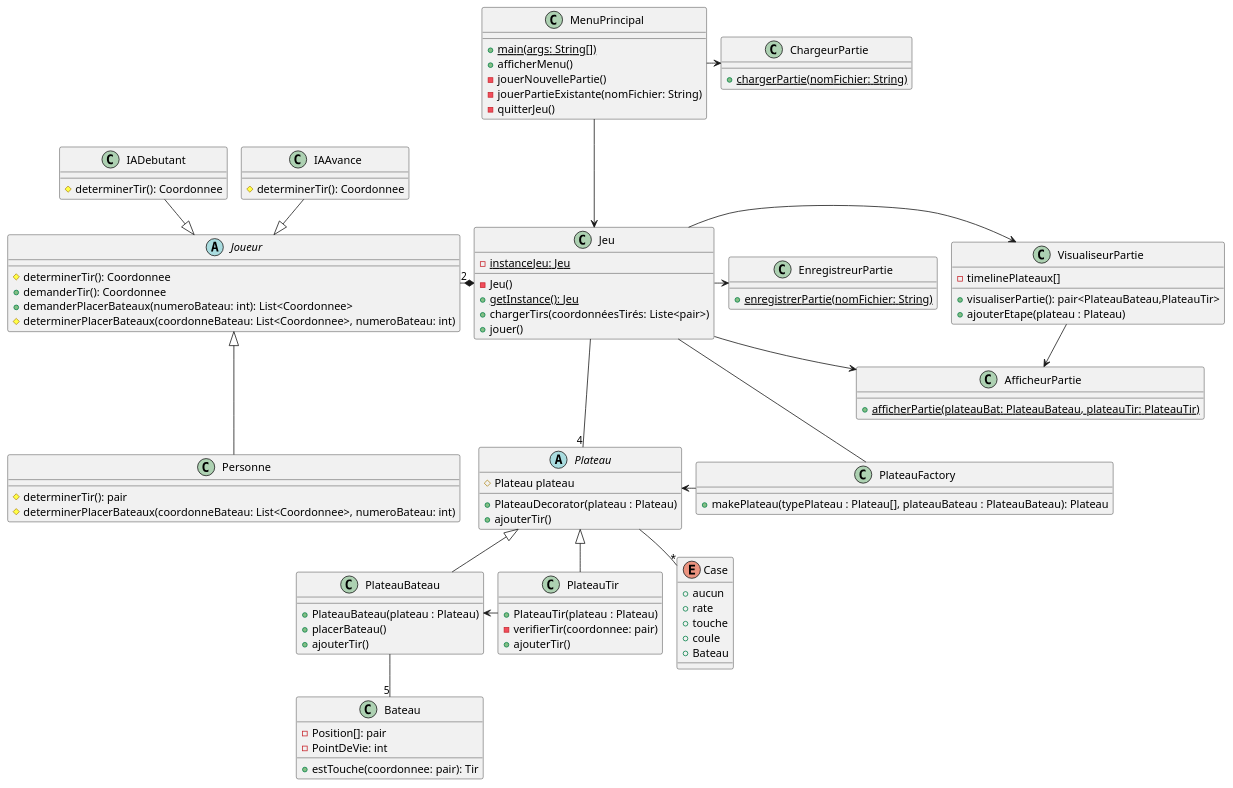
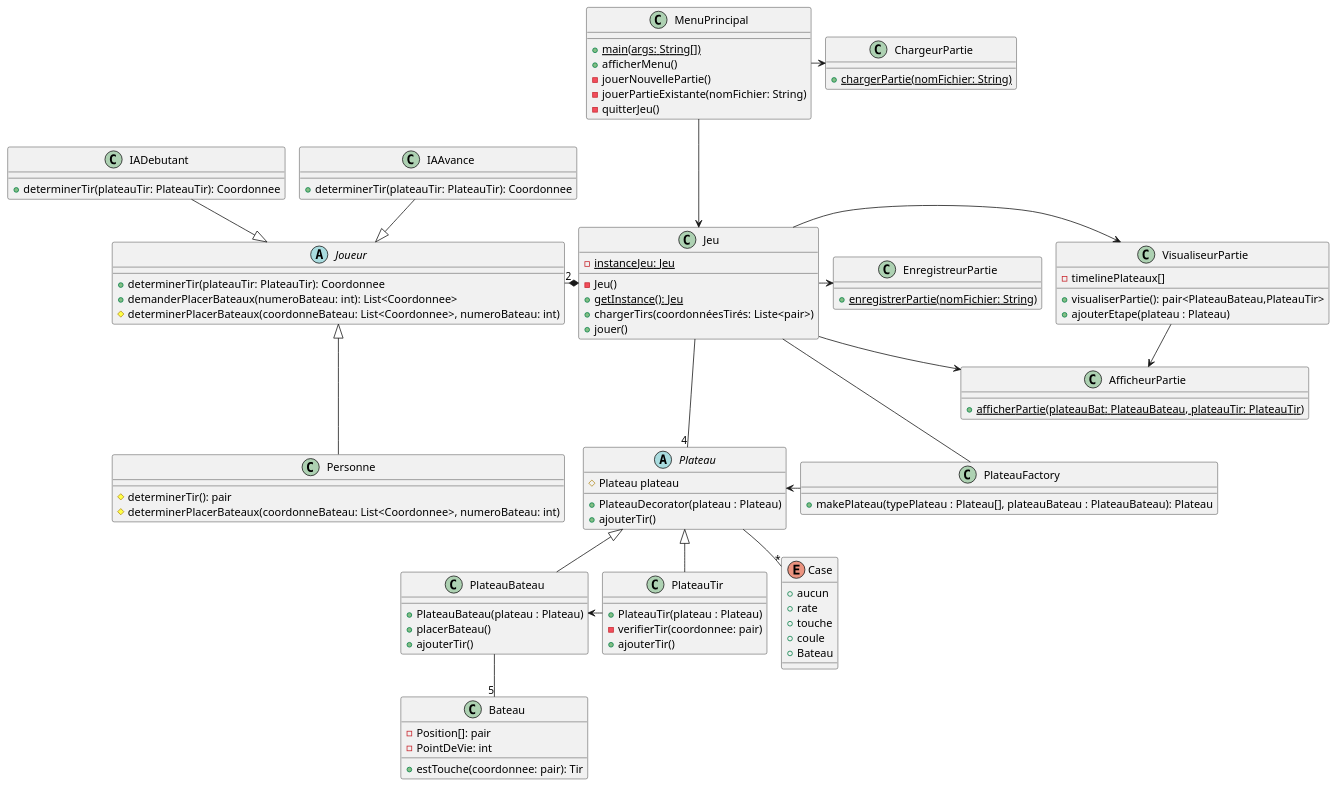
One commit to Patroklos99/5153_TP2-Battleship-AI-Pattern-Conception_Engineering2 changed the diagram in diagrammes_conception/diagramme_classes_patrons.puml. Above: the diagram before and after it, drawn with PlantUML. The commit also changed 3 other files, not shown here.

```diff
--- a/diagrammes_conception/diagramme_classes_patrons.puml
+++ b/diagrammes_conception/diagramme_classes_patrons.puml
@@ -1,112 +1,111 @@
 @startuml
 !pragma layout smetana
 class PlateauFactory{
     + makePlateau(typePlateau : Plateau[], plateauBateau : PlateauBateau): Plateau
 }
 
 abstract class Plateau {
     # Plateau plateau
     + PlateauDecorator(plateau : Plateau)
     + ajouterTir()
 }
 
 
 abstract class Joueur{
-    # determinerTir(): Coordonnee
-    + demanderTir(): Coordonnee
+    + determinerTir(plateauTir: PlateauTir): Coordonnee
     + demanderPlacerBateaux(numeroBateau: int): List<Coordonnee>
     # determinerPlacerBateaux(coordonneBateau: List<Coordonnee>, numeroBateau: int)
 }
 
 class MenuPrincipal{
     + {static} main(args: String[])
     + afficherMenu()
     - jouerNouvellePartie()
     - jouerPartieExistante(nomFichier: String)
     - quitterJeu()
 }
 
 class Jeu {
     - {static} instanceJeu: Jeu
     - Jeu()
     + {static} getInstance(): Jeu
     + chargerTirs(coordonnéesTirés: Liste<pair>)
     + jouer()
 }
 
 class PlateauBateau {
     + PlateauBateau(plateau : Plateau)
     + placerBateau()
     + ajouterTir()
 }
 
 class PlateauTir {
     + PlateauTir(plateau : Plateau)
     - verifierTir(coordonnee: pair)
     + ajouterTir()
 }
 
 class Bateau {
     - Position[]: pair
     - PointDeVie: int
     + estTouche(coordonnee: pair): Tir
 }
 
 enum Case {
     + aucun
     + rate
     + touche
     + coule
     + Bateau
 }
 
 class IADebutant {
-    # determinerTir(): Coordonnee
+    + determinerTir(plateauTir: PlateauTir): Coordonnee
 }
 
 class IAAvance{
-    # determinerTir(): Coordonnee
+    + determinerTir(plateauTir: PlateauTir): Coordonnee
 }
 
 class ChargeurPartie {
     + {static} chargerPartie(nomFichier: String)
 }
 
 class VisualiseurPartie {
     - timelinePlateaux[]
     + visualiserPartie(): pair<PlateauBateau,PlateauTir>
     + ajouterEtape(plateau : Plateau)
 }
 
 class AfficheurPartie {
     + {static} afficherPartie(plateauBat: PlateauBateau, plateauTir: PlateauTir)
 }
 
 class EnregistreurPartie {
     + {static} enregistrerPartie(nomFichier: String)
 }
 
 class Personne {
     # determinerTir(): pair
     # determinerPlacerBateaux(coordonneBateau: List<Coordonnee>, numeroBateau: int)
 }
 
 PlateauBateau -- "5" Bateau
 Plateau <|-- PlateauBateau
 Plateau <|-- PlateauTir
 Jeu *-left- "2" Joueur
 Jeu -right-> EnregistreurPartie
 Jeu -right-> VisualiseurPartie
 Jeu -right-> AfficheurPartie
 MenuPrincipal -> ChargeurPartie
 MenuPrincipal ---> Jeu
 Jeu --- "4" Plateau
 Plateau -down- "*" Case
 Joueur <|-up- IADebutant
 Joueur <|-up- IAAvance
 Joueur <|-down-- Personne
 PlateauBateau <- PlateauTir
 VisualiseurPartie --> AfficheurPartie
 PlateauFactory -left-> Plateau
 Jeu --  PlateauFactory
 @enduml
```
